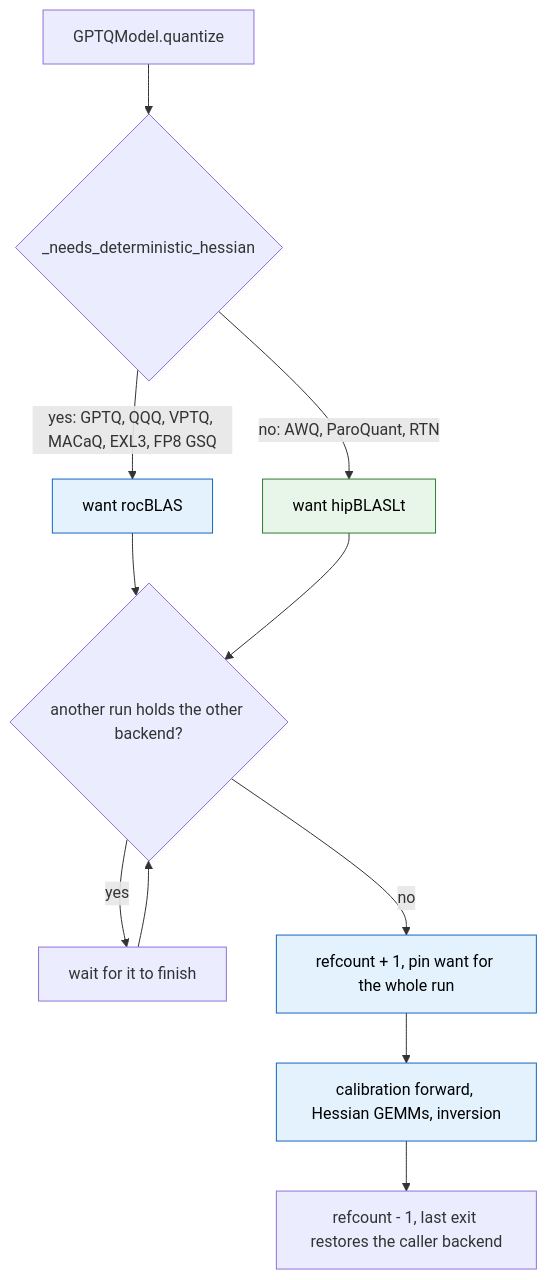
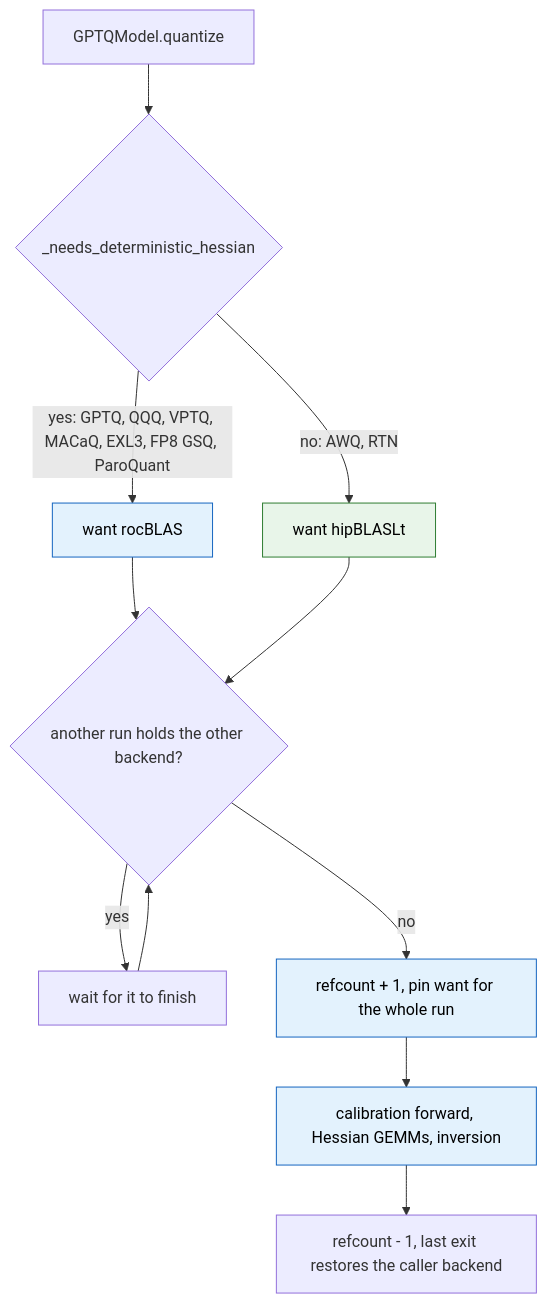
Before and after one commit to ModelCloud/GPTQModel: the second of 2 diagrams in docs/rocm-default-environment.md, drawn with Mermaid. The commit also changed other lines of this file and 7 other files, not shown here.

````diff
--- a/docs/rocm-default-environment.md
+++ b/docs/rocm-default-environment.md
@@ -111,18 +111,18 @@
 ```mermaid
 flowchart TD
     A["GPTQModel.quantize"] --> B{"_needs_deterministic_hessian"}
-    B -- "yes: GPTQ, QQQ, VPTQ, MACaQ, EXL3, FP8 GSQ" --> C["want rocBLAS"]
-    B -- "no: AWQ, ParoQuant, RTN" --> D["want hipBLASLt"]
+    B -- "yes: GPTQ, QQQ, VPTQ, MACaQ, EXL3, FP8 GSQ, ParoQuant" --> C["want rocBLAS"]
+    B -- "no: AWQ, RTN" --> D["want hipBLASLt"]
     C --> E{"another run holds the other backend?"}
     D --> E
     E -- "yes" --> F["wait for it to finish"]
     F --> E
     E -- "no" --> G["refcount + 1, pin want for the whole run"]
     G --> H["calibration forward, Hessian GEMMs, inversion"]
     H --> I["refcount - 1, last exit restores the caller backend"]
 
     classDef pin fill:#e3f2fd,stroke:#1565c0,color:#000
     classDef fast fill:#e8f5e9,stroke:#2e7d32,color:#000
     class C,G,H pin
     class D fast
 ```
````
